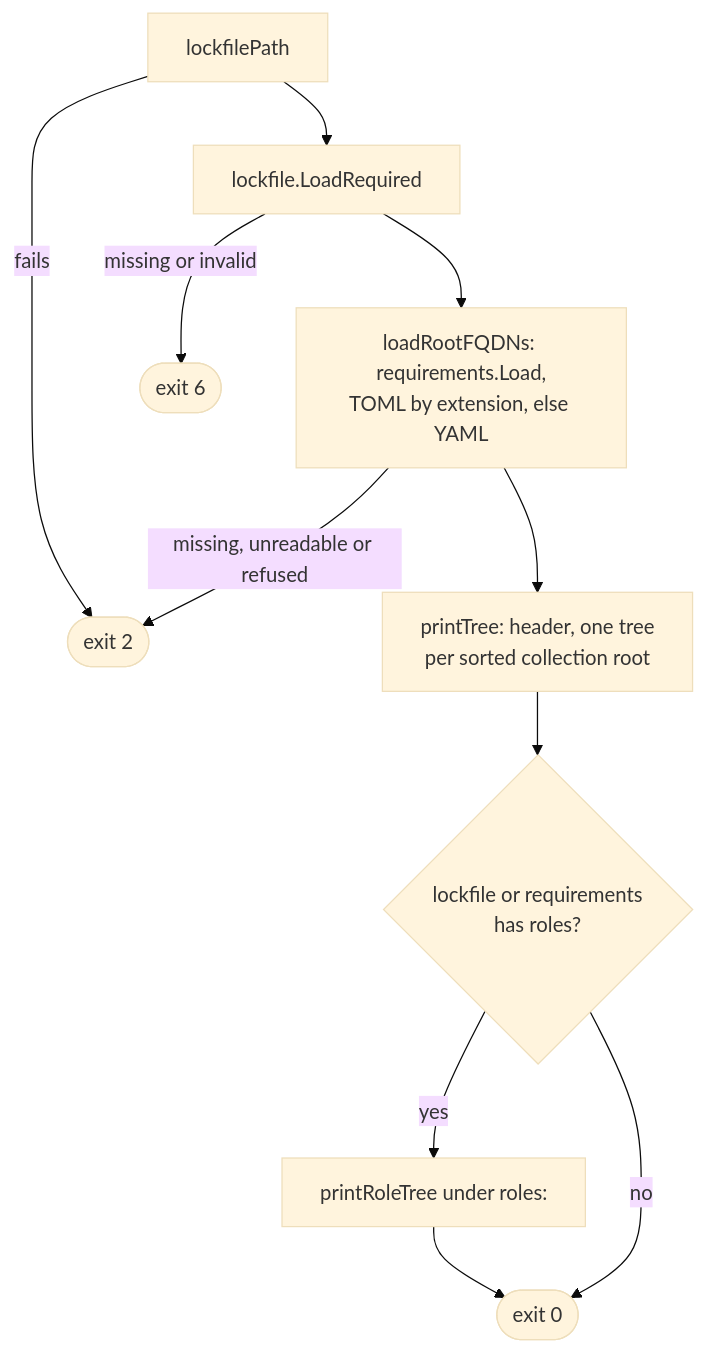
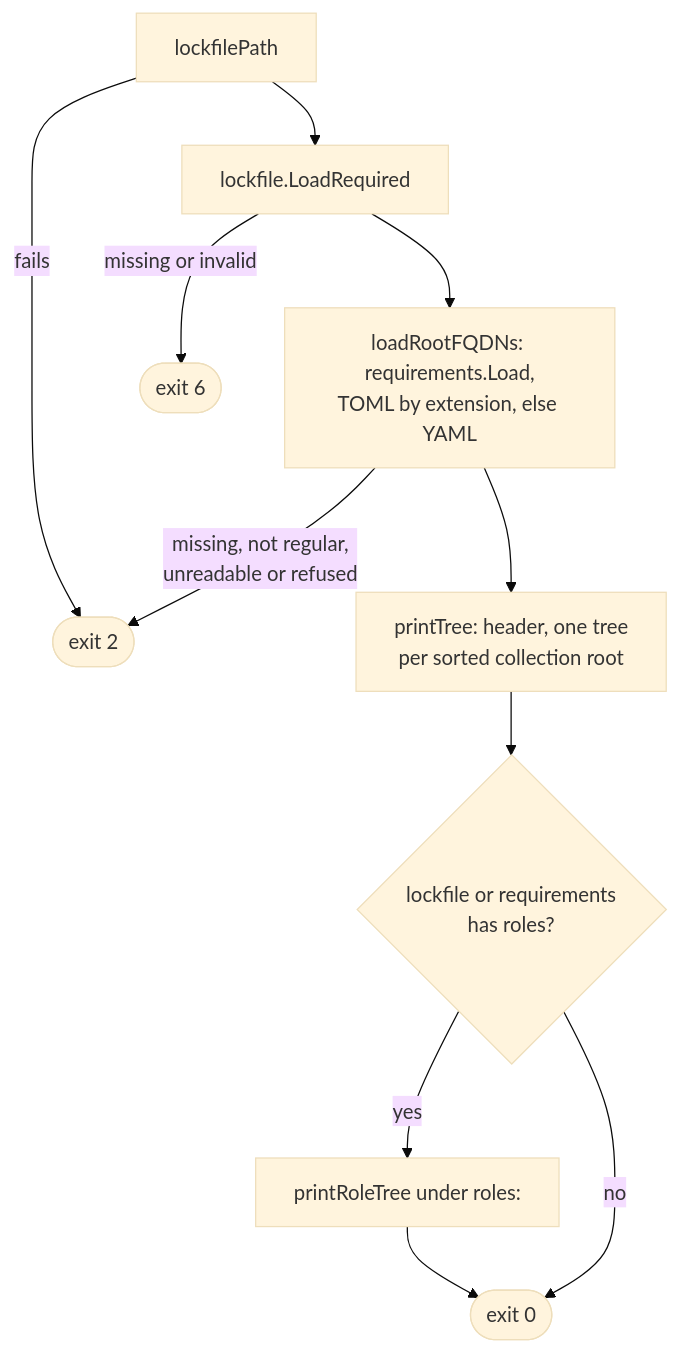
The third of 4 diagrams in docs/internals/flow-hash-tree-explain.md (greeddj/go-galaxy), drawn with Mermaid (base theme) before and after one commit. The commit also changed other lines of this file and 36 other files, not shown here.

````diff
--- a/docs/internals/flow-hash-tree-explain.md
+++ b/docs/internals/flow-hash-tree-explain.md
@@ -68,13 +71,13 @@
 ```mermaid
 flowchart TD
     LP["lockfilePath"] -->|"fails"| X2(["exit 2"])
     LP --> LR["lockfile.LoadRequired"]
     LR -->|"missing or invalid"| X6(["exit 6"])
     LR --> RQ["loadRootFQDNs: requirements.Load,<br/>TOML by extension, else YAML"]
-    RQ -->|"missing, unreadable or refused"| X2
+    RQ -->|"missing, not regular,<br/>unreadable or refused"| X2
     RQ --> PT["printTree: header, one tree<br/>per sorted collection root"]
     PT --> RG{"lockfile or requirements<br/>has roles?"}
     RG -->|"yes"| PR["printRoleTree under roles:"]
     RG -->|"no"| X0(["exit 0"])
     PR --> X0
 ```
````
